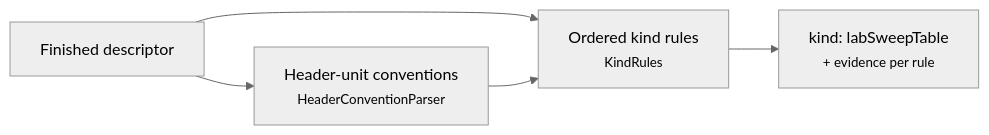
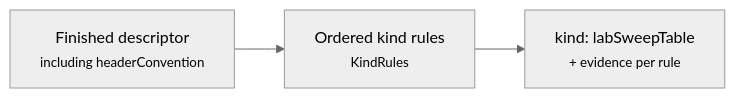
Before and after one commit to squalor-xyz/squalify: diagram 14 of 18 in docs/how-it-works.md, drawn with Mermaid (neutral theme). The commit also changed other lines of this file and 32 other files, not shown here.

Commit message:
sq-14: header-unit conventions

````diff
--- a/docs/how-it-works.md
+++ b/docs/how-it-works.md
@@ -206,7 +235,5 @@
 ```mermaid
 flowchart LR
-    D["Finished descriptor"] --> U["Header-unit conventions<br/><small>HeaderConventionParser</small>"]
-    D --> K["Ordered kind rules<br/><small>KindRules</small>"]
-    U --> K
+    D["Finished descriptor<br/><small>including headerConvention</small>"] --> K["Ordered kind rules<br/><small>KindRules</small>"]
     K --> L["kind: labSweepTable<br/><small>+ evidence per rule</small>"]
 ```
````
